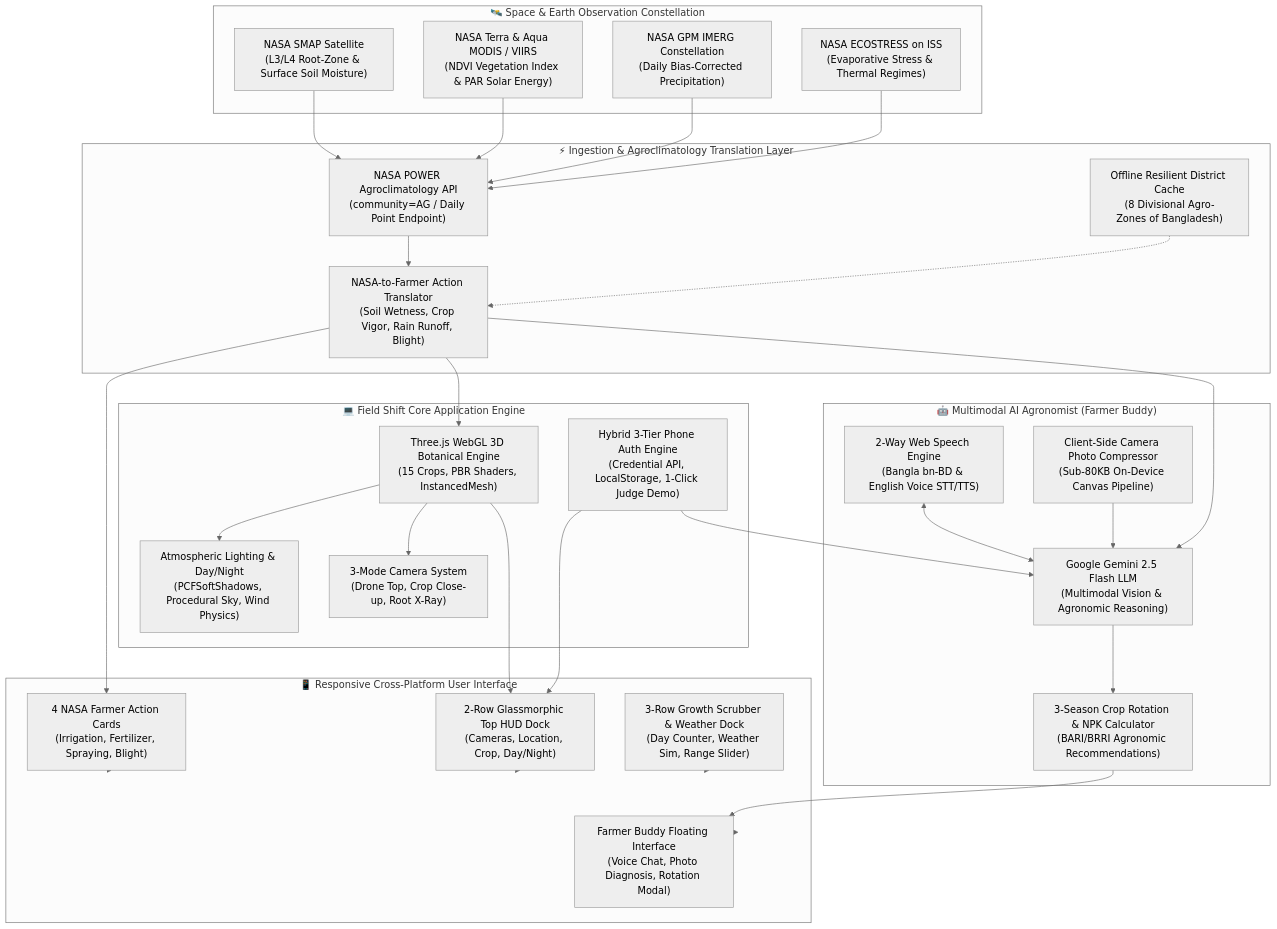
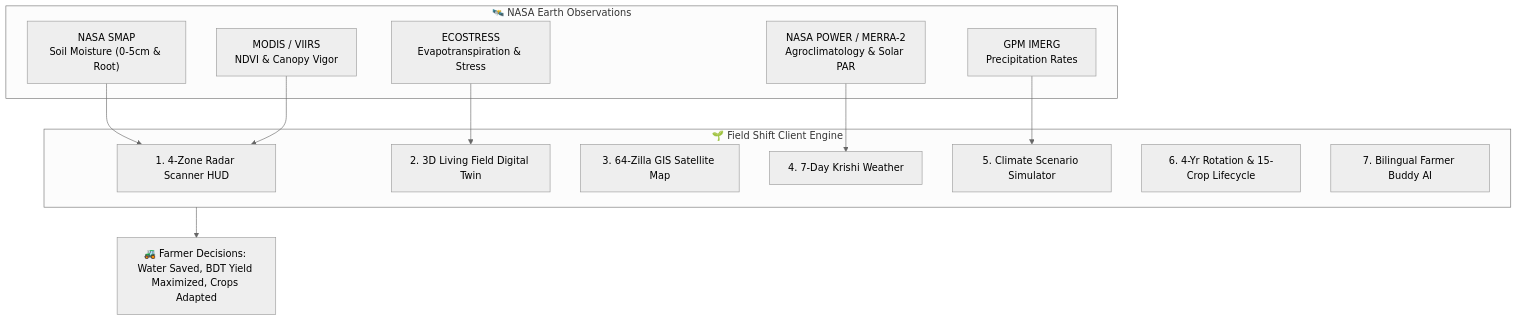
The diagram in README.md (G-Sadi/Nasa-Space-Apps-Challenge-website), drawn with Mermaid (neutral theme) before and after one commit. The commit also changed other lines of this file and 1 other file, not shown here.

````diff
--- a/README.md
+++ b/README.md
@@ -165,66 +41,27 @@
 ```mermaid
-graph TD
-    subgraph SpaceLayer["🛰️ Space & Earth Observation Constellation"]
-        SMAP["NASA SMAP Satellite<br/>(L3/L4 Root-Zone & Surface Soil Moisture)"]
-        MODIS["NASA Terra & Aqua MODIS / VIIRS<br/>(NDVI Vegetation Index & PAR Solar Energy)"]
-        GPM["NASA GPM IMERG Constellation<br/>(Daily Bias-Corrected Precipitation)"]
-        ECOSTRESS["NASA ECOSTRESS on ISS<br/>(Evaporative Stress & Thermal Regimes)"]
+flowchart TD
+    subgraph NASA["🛰️ NASA Earth Observations"]
+        SMAP["NASA SMAP<br/>Soil Moisture (0-5cm & Root)"]
+        MODIS["MODIS / VIIRS<br/>NDVI & Canopy Vigor"]
+        ECO["ECOSTRESS<br/>Evapotranspiration & Stress"]
+        GPM["GPM IMERG<br/>Precipitation Rates"]
+        POWER["NASA POWER / MERRA-2<br/>Agroclimatology & Solar PAR"]
     end
 
-    subgraph DataIngestion["⚡ Ingestion & Agroclimatology Translation Layer"]
-        NASA_API["NASA POWER Agroclimatology API<br/>(community=AG / Daily Point Endpoint)"]
-        DistrictCache["Offline Resilient District Cache<br/>(8 Divisional Agro-Zones of Bangladesh)"]
-        Translator["NASA-to-Farmer Action Translator<br/>(Soil Wetness, Crop Vigor, Rain Runoff, Blight)"]
+    subgraph Core["🌱 Field Shift Client Engine"]
+        Radar["1. 4-Zone Radar Scanner HUD"]
+        Twin["2. 3D Living Field Digital Twin"]
+        GIS["3. 64-Zilla GIS Satellite Map"]
+        Weather["4. 7-Day Krishi Weather"]
+        Sim["5. Climate Scenario Simulator"]
+        Rotation["6. 4-Yr Rotation & 15-Crop Lifecycle"]
+        AI["7. Bilingual Farmer Buddy AI"]
     end
 
-    subgraph CoreEngine["💻 Field Shift Core Application Engine"]
-        ThreeJS["Three.js WebGL 3D Botanical Engine<br/>(15 Crops, PBR Shaders, InstancedMesh)"]
-        CameraControl["3-Mode Camera System<br/>(Drone Top, Crop Close-up, Root X-Ray)"]
-        SkyLighting["Atmospheric Lighting & Day/Night<br/>(PCFSoftShadows, Procedural Sky, Wind Physics)"]
-        AuthEngine["Hybrid 3-Tier Phone Auth Engine<br/>(Credential API, LocalStorage, 1-Click Judge Demo)"]
-    end
-
-    subgraph MultimodalAI["🤖 Multimodal AI Agronomist (Farmer Buddy)"]
-        Gemini["Google Gemini 2.5 Flash LLM<br/>(Multimodal Vision & Agronomic Reasoning)"]
-        VoiceEngine["2-Way Web Speech Engine<br/>(Bangla bn-BD & English Voice STT/TTS)"]
-        VisionCompress["Client-Side Camera Photo Compressor<br/>(Sub-80KB On-Device Canvas Pipeline)"]
-        RotationEngine["3-Season Crop Rotation & NPK Calculator<br/>(BARI/BRRI Agronomic Recommendations)"]
-    end
-
-    subgraph FarmerUI["📱 Responsive Cross-Platform User Interface"]
-        TopHUD["2-Row Glassmorphic Top HUD Dock<br/>(Cameras, Location, Crop, Day/Night)"]
-        TelemetryCards["4 NASA Farmer Action Cards<br/>(Irrigation, Fertilizer, Spraying, Blight)"]
-        BottomTimeline["3-Row Growth Scrubber & Weather Dock<br/>(Day Counter, Weather Sim, Range Slider)"]
-        AIAssistantUI["Farmer Buddy Floating Interface<br/>(Voice Chat, Photo Diagnosis, Rotation Modal)"]
-    end
-
-    %% Data Connections
-    SMAP --> NASA_API
-    MODIS --> NASA_API
-    GPM --> NASA_API
-    ECOSTRESS --> NASA_API
-
-    NASA_API --> Translator
-    DistrictCache -.-> Translator
-
-    Translator --> TelemetryCards
-    Translator --> ThreeJS
-    Translator --> Gemini
-
-    ThreeJS --> SkyLighting
-    ThreeJS --> CameraControl
-    ThreeJS --> TopHUD
-
-    AuthEngine --> TopHUD
-    AuthEngine --> Gemini
-
-    VisionCompress --> Gemini
-    VoiceEngine <--> Gemini
-    Gemini --> RotationEngine
-    RotationEngine --> AIAssistantUI
-
-    TelemetryCards --> FarmerUI
-    TopHUD --> FarmerUI
-    BottomTimeline --> FarmerUI
-    AIAssistantUI --> FarmerUI
+    SMAP --> Radar
+    MODIS --> Radar
+    ECO --> Twin
+    POWER --> Weather
+    GPM --> Sim
+    Core --> Actionable["🚜 Farmer Decisions: Water Saved, BDT Yield Maximized, Crops Adapted"]
 ```
````
